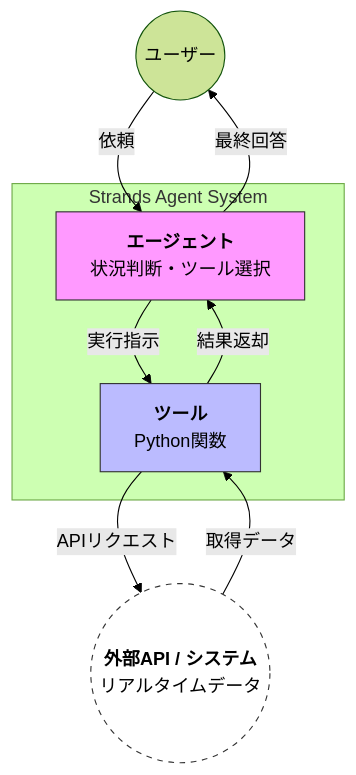
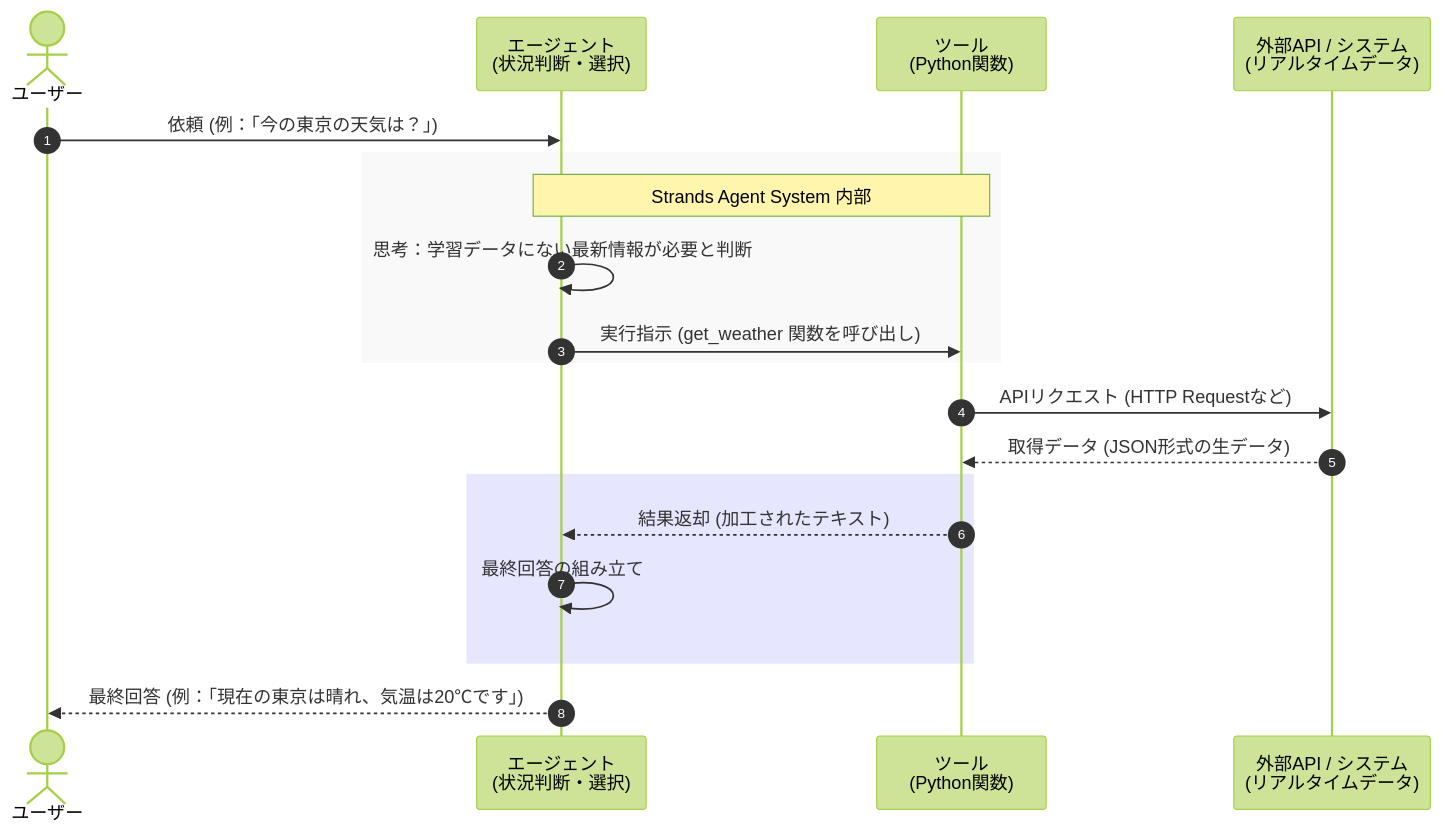
One commit to awk256/strandsagents changed the diagram in 70.サンプルコード/70-20-010.外部ツール連携.md. Above: the diagram before and after it, drawn with Mermaid (forest theme). The commit also changed other lines of this file and 27 other files, not shown here.

````diff
--- a/70.サンプルコード/70-20-010.外部ツール連携.md
+++ b/70.サンプルコード/70-20-010.外部ツール連携.md
@@ -10,23 +10,26 @@
 ```mermaid
-graph TD
-    User((ユーザー))
+sequenceDiagram
+    autonumber
+    actor User as ユーザー
+    participant Brain as エージェント<br/>(状況判断・選択)
+    participant Tool as ツール<br/>(Python関数)
+    participant World as 外部API / システム<br/>(リアルタイムデータ)
+
+    User->>Brain: 依頼 (例：「今の東京の天気は？」)
     
-    subgraph System [Strands Agent System]
-        Brain[<b>エージェント</b><br/>状況判断・ツール選択]
-        Tool[<b>ツール</b><br/>Python関数]
+    rect rgb(249, 249, 249)
+        Note over Brain, Tool: Strands Agent System 内部
+        Brain->>Brain: 思考：学習データにない最新情報が必要と判断
+        Brain->>Tool: 実行指示 (get_weather 関数を呼び出し)
     end
 
-    World((<b>外部API / システム</b><br/>リアルタイムデータ))
+    Tool->>World: APIリクエスト (HTTP Requestなど)
+    World-->>Tool: 取得データ (JSON形式の生データ)
+    
+    rect rgb(230, 230, 255)
+        Tool-->>Brain: 結果返却 (加工されたテキスト)
+        Brain->>Brain: 最終回答の組み立て
+    end
 
-    %% データの流れ
-    User -- 依頼 --> Brain
-    Brain -- 実行指示 --> Tool
-    Tool -- APIリクエスト --> World
-    World -- 取得データ --> Tool
-    Tool -- 結果返却 --> Brain
-    Brain -- 最終回答 --> User
-
-    style Brain fill:#f9f,stroke:#333
-    style Tool fill:#bbf,stroke:#333
-    style World fill:#fff,stroke:#333,stroke-dasharray: 5 5
+    Brain-->>User: 最終回答 (例：「現在の東京は晴れ、気温は20℃です」)
 ```
````
